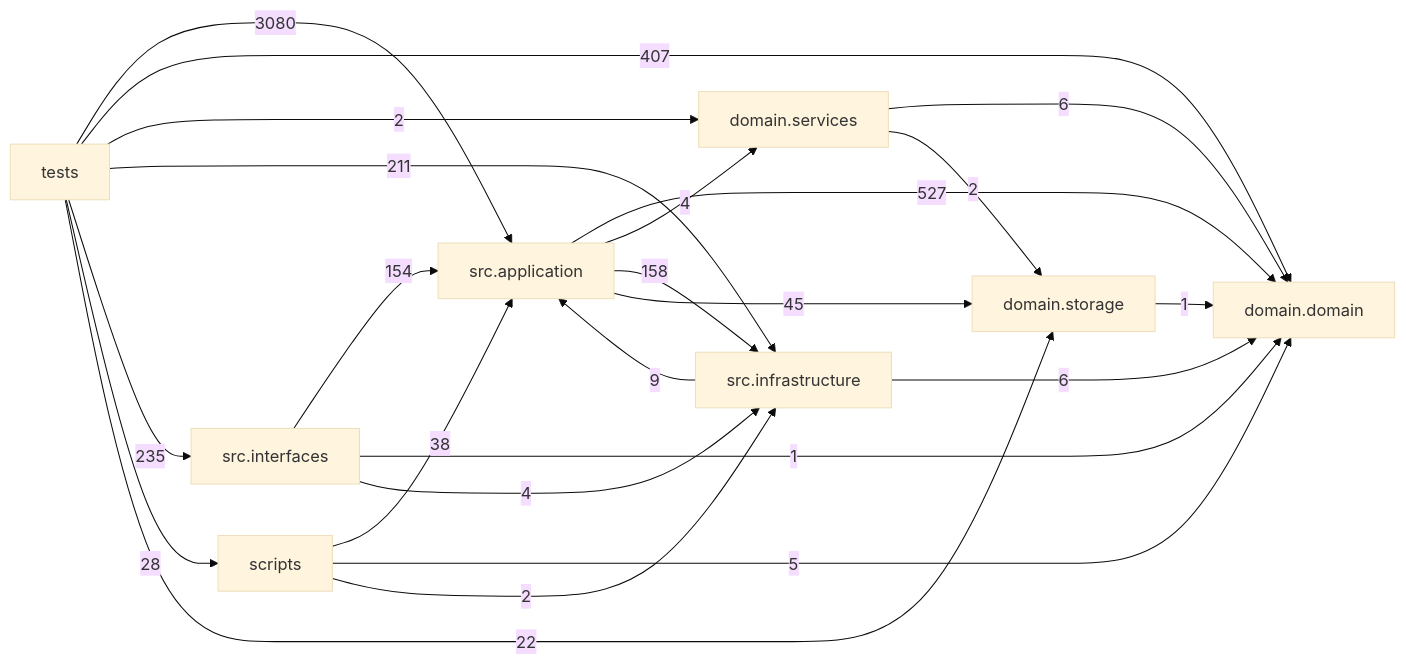
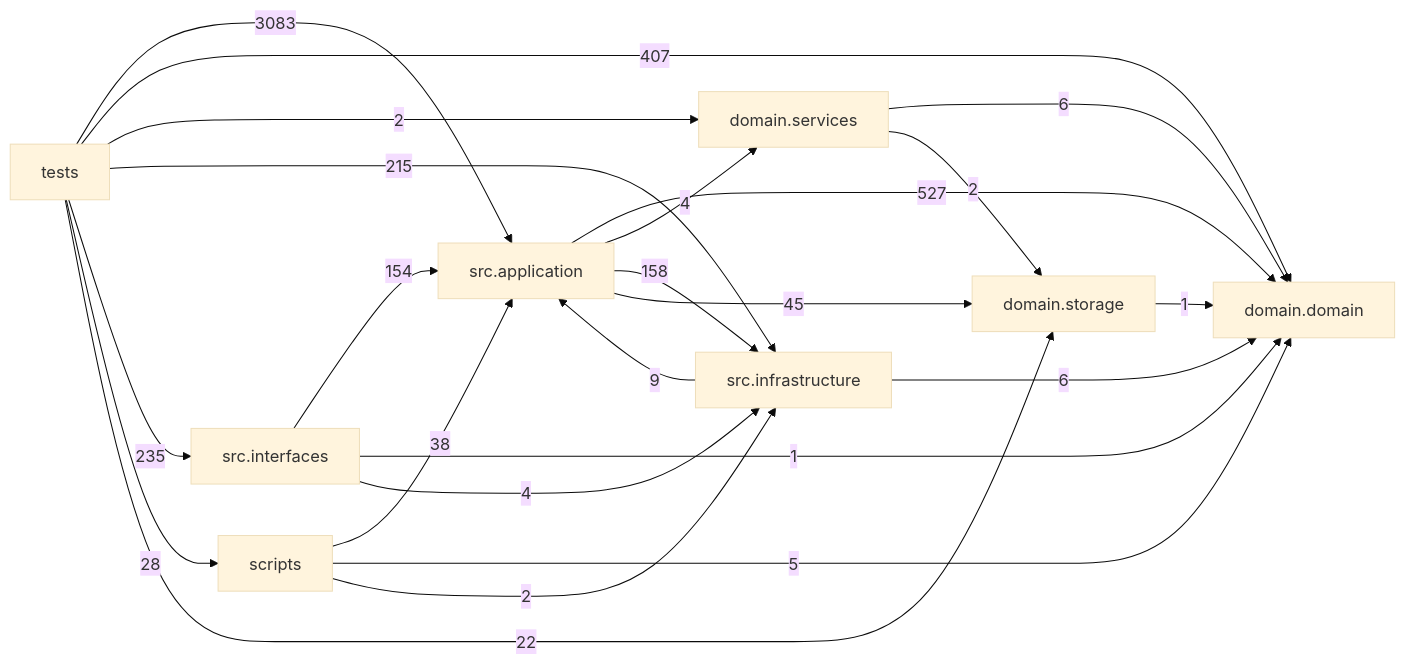
The diagram in docs/DEPENDENCY_GRAPH.md (liuxie066/options-monitor), drawn with Mermaid (base theme) before and after one commit. The commit also changed other lines of this file, not shown here.

Commit message:
chore(docs): refresh dependency graph

````diff
--- a/docs/DEPENDENCY_GRAPH.md
+++ b/docs/DEPENDENCY_GRAPH.md
@@ -24,33 +24,33 @@
 ```mermaid
 flowchart LR
   tests["tests"]
   scripts["scripts"]
   interfaces["src.interfaces"]
   application["src.application"]
   infrastructure["src.infrastructure"]
   domain_services["domain.services"]
   domain["domain.domain"]
   storage["domain.storage"]
   application -->|527| domain
   application -->|4| domain_services
   application -->|158| infrastructure
   application -->|45| storage
   domain_services -->|6| domain
   domain_services -->|2| storage
   infrastructure -->|9| application
   infrastructure -->|6| domain
   interfaces -->|154| application
   interfaces -->|1| domain
   interfaces -->|4| infrastructure
   scripts -->|38| application
   scripts -->|5| domain
   scripts -->|2| infrastructure
   storage -->|1| domain
-  tests -->|3080| application
+  tests -->|3083| application
   tests -->|407| domain
   tests -->|2| domain_services
-  tests -->|211| infrastructure
+  tests -->|215| infrastructure
   tests -->|235| interfaces
   tests -->|28| scripts
   tests -->|22| storage
 ```
````
